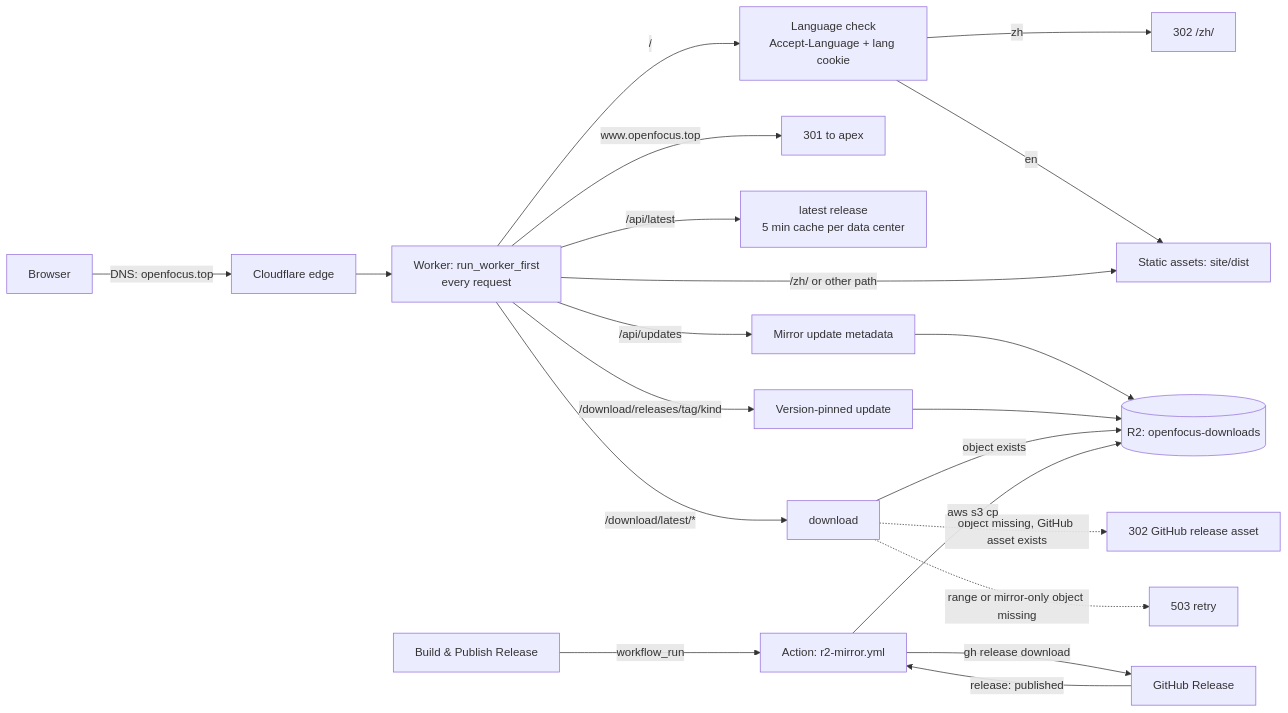
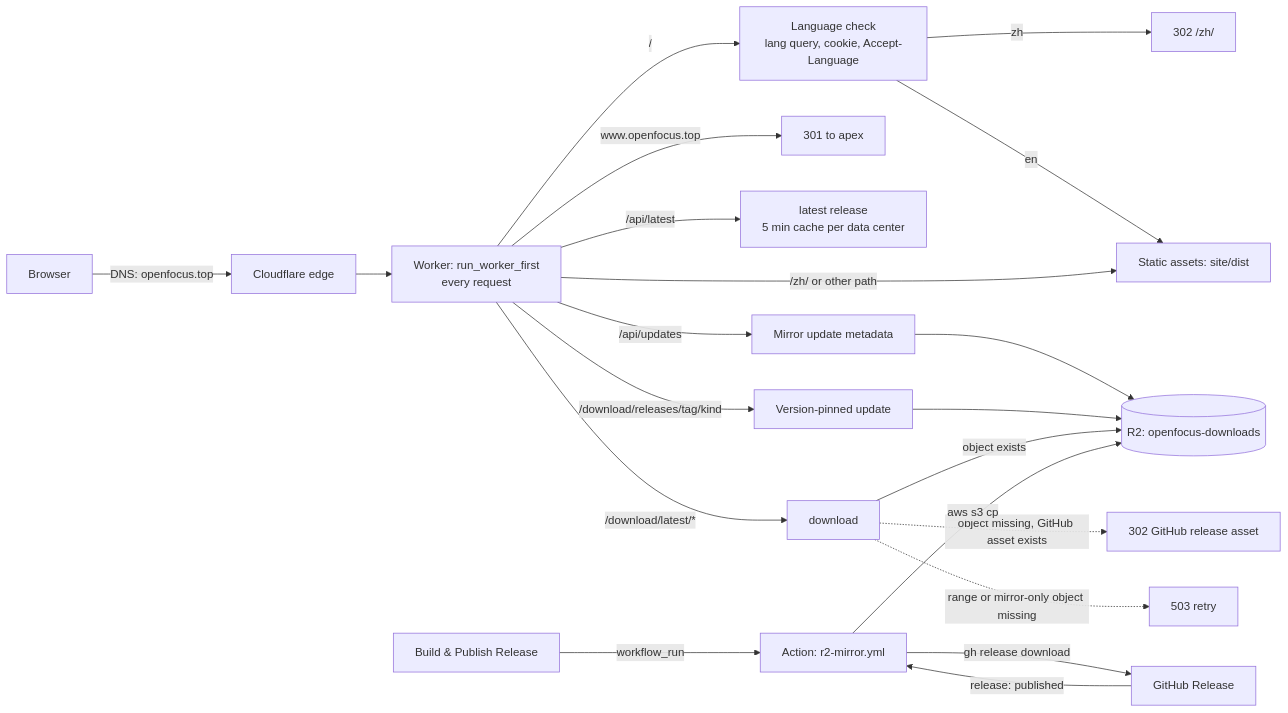
One commit to Xinzhe99/OpenFocus changed the diagram in docs/WEBSITE_OPERATIONS.md. Above: the diagram before and after it, drawn with Mermaid. The commit also changed other lines of this file and 6 other files, not shown here.

````diff
--- a/docs/WEBSITE_OPERATIONS.md
+++ b/docs/WEBSITE_OPERATIONS.md
@@ -52,23 +52,23 @@
 ```mermaid
 flowchart LR
   U[Browser] -->|DNS: openfocus.top| CF[Cloudflare edge]
   CF --> W[Worker: run_worker_first<br/>every request]
-  W -->|"/"| L[Language check<br/>Accept-Language + lang cookie]
+  W -->|"/"| L[Language check<br/>lang query, cookie, Accept-Language]
   L -->|zh| Z[302 /zh/]
   L -->|en| A[Static assets: site/dist]
   W -->|"/zh/" or other path| A
   W -->|"www.openfocus.top"| WWW[301 to apex]
   W -->|"/api/latest"| API[latest release<br/>5 min cache per data center]
   W -->|"/download/latest/*"| D[download]
   W -->|"/api/updates"| M[Mirror update metadata]
   M --> R
   W -->|"/download/releases/tag/kind"| V[Version-pinned update]
   V --> R
   D -->|object exists| R[(R2: openfocus-downloads)]
   D -.->|"object missing, GitHub asset exists"| GH[302 GitHub release asset]
   D -.->|"range or mirror-only object missing"| E[503 retry]
   RW["Build & Publish Release"] -->|workflow_run| ACT[Action: r2-mirror.yml]
   REL[GitHub Release] -->|release: published| ACT
   ACT -->|gh release download| REL
   ACT -->|aws s3 cp| R
 ```
````
